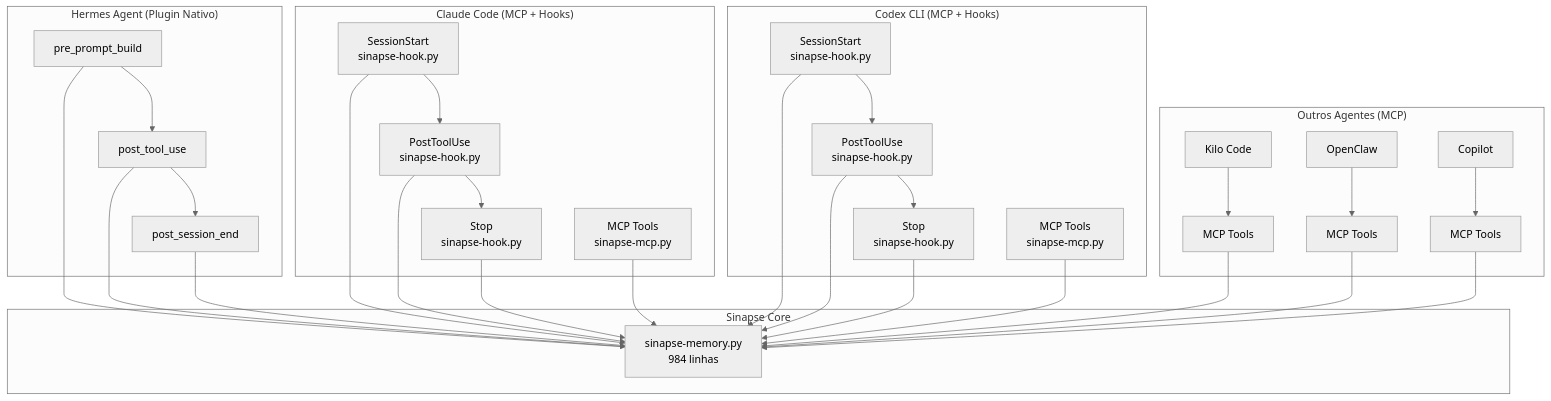
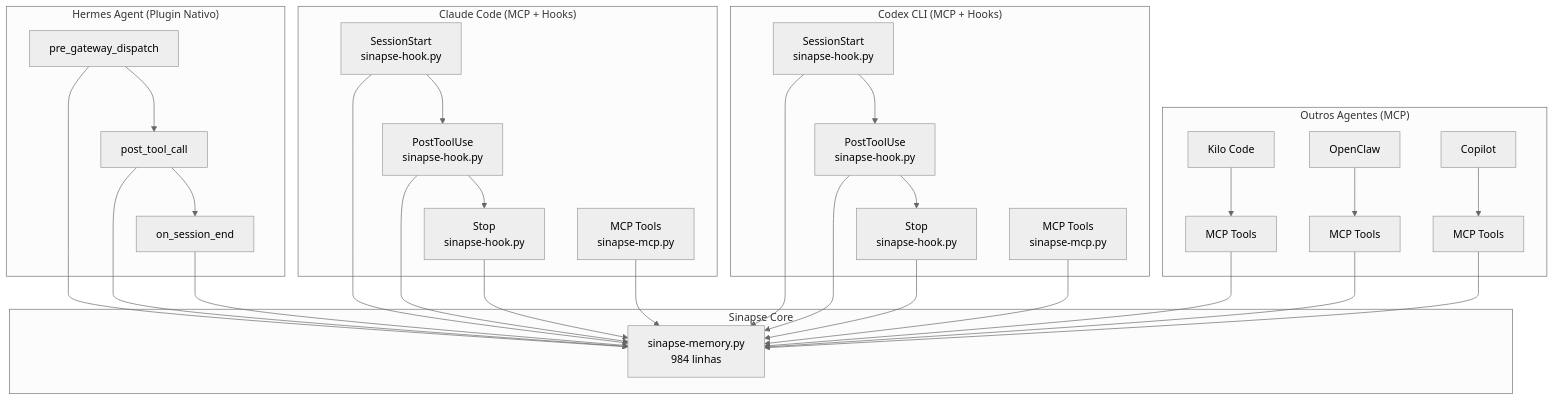
One commit to Mlaurindo30/Hive-Mind changed the sixth of 8 diagrams in docs/05-blueprints.md. Above: the diagram before and after it, drawn with Mermaid (neutral theme). The commit also changed other lines of this file and 6 other files, not shown here.

````diff
--- a/docs/05-blueprints.md
+++ b/docs/05-blueprints.md
@@ -212,44 +212,44 @@
 ```mermaid
 graph TB
     subgraph HERMES["Hermes Agent (Plugin Nativo)"]
-        H1[pre_prompt_build] --> H2[post_tool_use]
-        H2 --> H3[post_session_end]
+        H1[pre_gateway_dispatch] --> H2[post_tool_call]
+        H2 --> H3[on_session_end]
     end
     
     subgraph CLAUDE["Claude Code (MCP + Hooks)"]
         C1[SessionStart<br/>sinapse-hook.py] --> C2[PostToolUse<br/>sinapse-hook.py]
         C2 --> C3[Stop<br/>sinapse-hook.py]
         C4[MCP Tools<br/>sinapse-mcp.py] 
     end
     
     subgraph CODEX["Codex CLI (MCP + Hooks)"]
         X1[SessionStart<br/>sinapse-hook.py] --> X2[PostToolUse<br/>sinapse-hook.py]
         X2 --> X3[Stop<br/>sinapse-hook.py]
         X4[MCP Tools<br/>sinapse-mcp.py]
     end
     
     subgraph OTHER["Outros Agentes (MCP)"]
         O1[Kilo Code] --> O1M[MCP Tools]
         O2[OpenClaw] --> O2M[MCP Tools]
         O3[Copilot] --> O3M[MCP Tools]
     end
     
     subgraph CORE["Sinapse Core"]
         SM[sinapse-memory.py<br/>984 linhas]
     end
     
     H1 --> SM
     H2 --> SM
     H3 --> SM
     C1 --> SM
     C2 --> SM
     C3 --> SM
     C4 --> SM
     X1 --> SM
     X2 --> SM
     X3 --> SM
     X4 --> SM
     O1M --> SM
     O2M --> SM
     O3M --> SM
 ```
````
